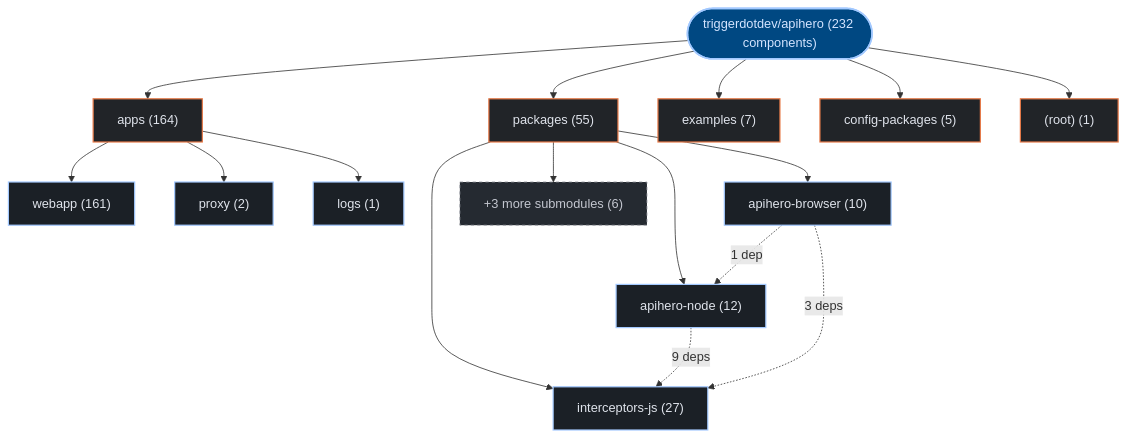
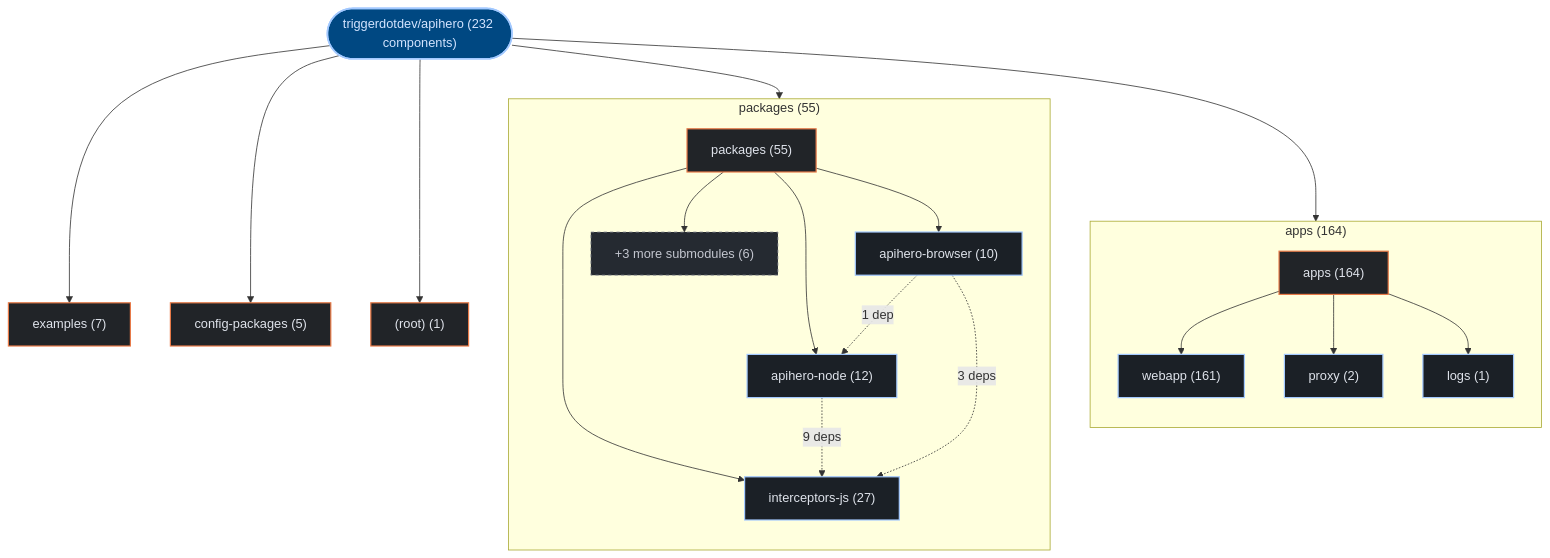
One commit to kumarshaz/atruss-code-atlas changed the first of 3 diagrams in exports/latest/reports/triggerdotdev-apihero-report.md. Above: the diagram before and after it, drawn with Mermaid. The commit also changed 178 other files, not shown here.

Commit message:
feat(ui,mermaid): upgrade to mermaid v12 + ELK layout, add orgs-summary + pagination, subgraph building blocks, fix tab alignment

````diff
--- a/exports/latest/reports/triggerdotdev-apihero-report.md
+++ b/exports/latest/reports/triggerdotdev-apihero-report.md
@@ -42,38 +42,44 @@
 ```mermaid
 graph TD;
   classDef atlasRoot fill:#004882,stroke:#a3c9ff,stroke-width:2px,color:#d3e4ff
   classDef atlasCategory fill:#212428,stroke:#E87A48,stroke-width:1.5px,color:#dfe3eb
   classDef atlasWorkflow fill:#1b2026,stroke:#a3c9ff,stroke-width:1.5px,color:#dfe3eb
   classDef atlasJob fill:#171c22,stroke:#8d9199,stroke-width:1px,color:#dfe3eb
   classDef atlasTarget fill:#005227,stroke:#8bd99b,stroke-width:1.5px,color:#a7f6b6
   classDef atlasAlert fill:#93000a,stroke:#ffb4ab,stroke-width:1.5px,color:#ffdad6
   classDef atlasMore fill:#252a31,stroke:#8d9199,stroke-dasharray:4 4,color:#c3c6cf
     repo_root(["triggerdotdev/apihero (232 components)"]):::atlasRoot
-    dir_0_apps["apps (164)"]:::atlasCategory
+    subgraph sg_dir_0_apps["apps (164)"]
+      direction TB
+      dir_0_apps["apps (164)"]:::atlasCategory
+      sub_0_0_webapp["webapp (161)"]:::atlasWorkflow
+      dir_0_apps --> sub_0_0_webapp
+      sub_0_1_proxy["proxy (2)"]:::atlasWorkflow
+      dir_0_apps --> sub_0_1_proxy
+      sub_0_2_logs["logs (1)"]:::atlasWorkflow
+      dir_0_apps --> sub_0_2_logs
+    end
     repo_root --> dir_0_apps
-    sub_0_0_webapp["webapp (161)"]:::atlasWorkflow
-    dir_0_apps --> sub_0_0_webapp
-    sub_0_1_proxy["proxy (2)"]:::atlasWorkflow
-    dir_0_apps --> sub_0_1_proxy
-    sub_0_2_logs["logs (1)"]:::atlasWorkflow
-    dir_0_apps --> sub_0_2_logs
-    dir_1_packages["packages (55)"]:::atlasCategory
+    subgraph sg_dir_1_packages["packages (55)"]
+      direction TB
+      dir_1_packages["packages (55)"]:::atlasCategory
+      sub_1_0_interceptors_js["interceptors-js (27)"]:::atlasWorkflow
+      dir_1_packages --> sub_1_0_interceptors_js
+      sub_1_1_apihero_node["apihero-node (12)"]:::atlasWorkflow
+      dir_1_packages --> sub_1_1_apihero_node
+      sub_1_2_apihero_browser["apihero-browser (10)"]:::atlasWorkflow
+      dir_1_packages --> sub_1_2_apihero_browser
+      sub_1_more["+3 more submodules (6)"]:::atlasMore
+      dir_1_packages --> sub_1_more
+    end
     repo_root --> dir_1_packages
-    sub_1_0_interceptors_js["interceptors-js (27)"]:::atlasWorkflow
-    dir_1_packages --> sub_1_0_interceptors_js
-    sub_1_1_apihero_node["apihero-node (12)"]:::atlasWorkflow
-    dir_1_packages --> sub_1_1_apihero_node
-    sub_1_2_apihero_browser["apihero-browser (10)"]:::atlasWorkflow
-    dir_1_packages --> sub_1_2_apihero_browser
-    sub_1_more["+3 more submodules (6)"]:::atlasMore
-    dir_1_packages --> sub_1_more
     dir_2_examples["examples (7)"]:::atlasCategory
     repo_root --> dir_2_examples
     dir_3_config_packages["config-packages (5)"]:::atlasCategory
     repo_root --> dir_3_config_packages
     dir_4__root_["(root) (1)"]:::atlasCategory
     repo_root --> dir_4__root_
     sub_1_1_apihero_node -.->|"9 deps"| sub_1_0_interceptors_js
     sub_1_2_apihero_browser -.->|"3 deps"| sub_1_0_interceptors_js
     sub_1_2_apihero_browser -.->|"1 dep"| sub_1_1_apihero_node
 ```
````
